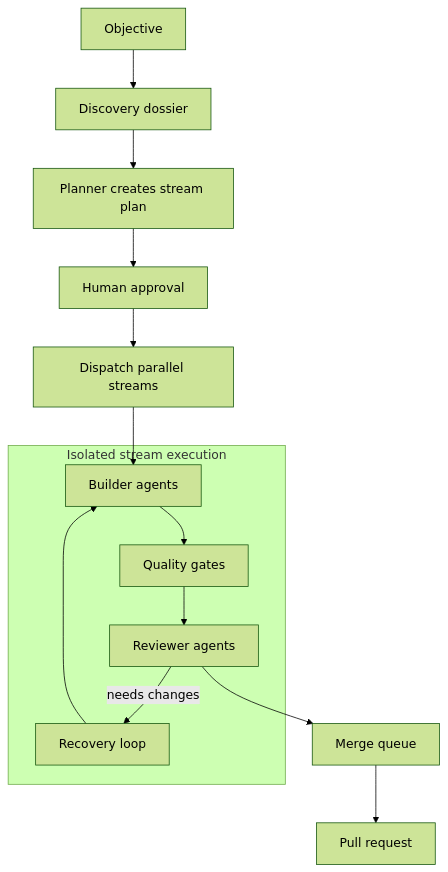
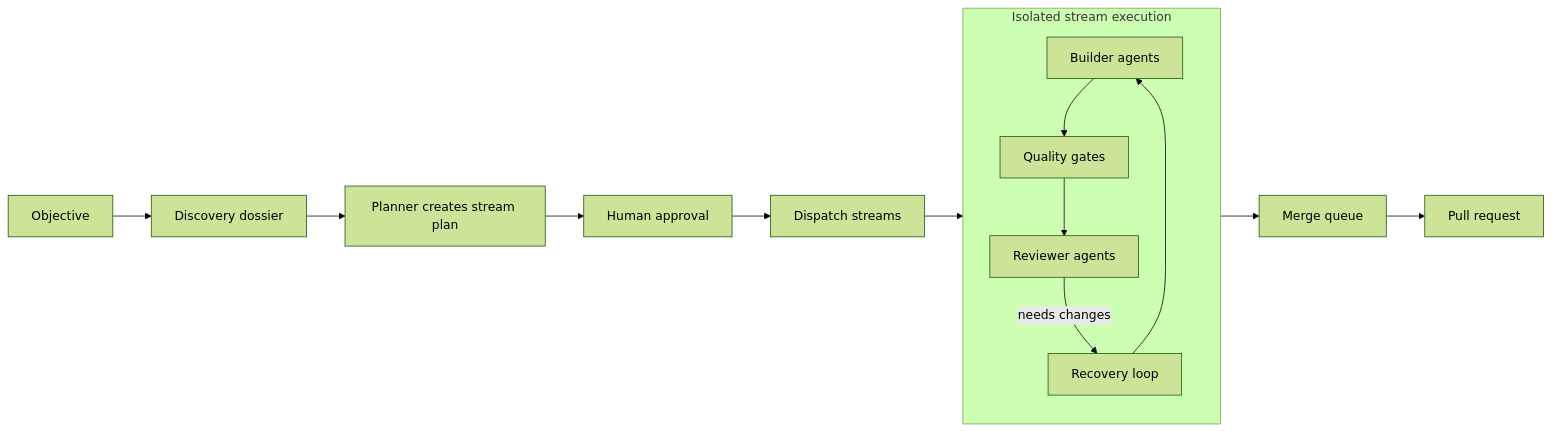
One commit to syndg/tack changed the diagram in docs-site/content/docs/index.mdx. Above: the diagram before and after it, drawn with Mermaid (forest theme). The commit also changed 1 other file, not shown here.

Commit message:
improve docs architecture diagram layout

````diff
--- a/docs-site/content/docs/index.mdx
+++ b/docs-site/content/docs/index.mdx
@@ -36,20 +36,21 @@
 ```mermaid
-flowchart TB
+flowchart LR
   objective[Objective] --> discovery[Discovery dossier]
   discovery --> planner[Planner creates stream plan]
   planner --> approval[Human approval]
-  approval --> dispatch[Dispatch parallel streams]
+  approval --> dispatch[Dispatch streams]
 
   subgraph streams[Isolated stream execution]
+    direction TB
     builder[Builder agents]
     gates[Quality gates]
     reviewer[Reviewer agents]
     recovery[Recovery loop]
     builder --> gates --> reviewer
     reviewer -->|needs changes| recovery --> builder
   end
 
   dispatch --> builder
   reviewer --> merge[Merge queue]
   merge --> pr[Pull request]
 ```
````
